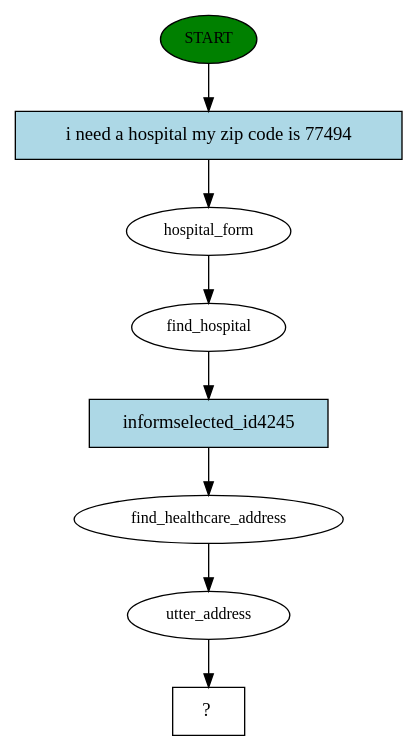
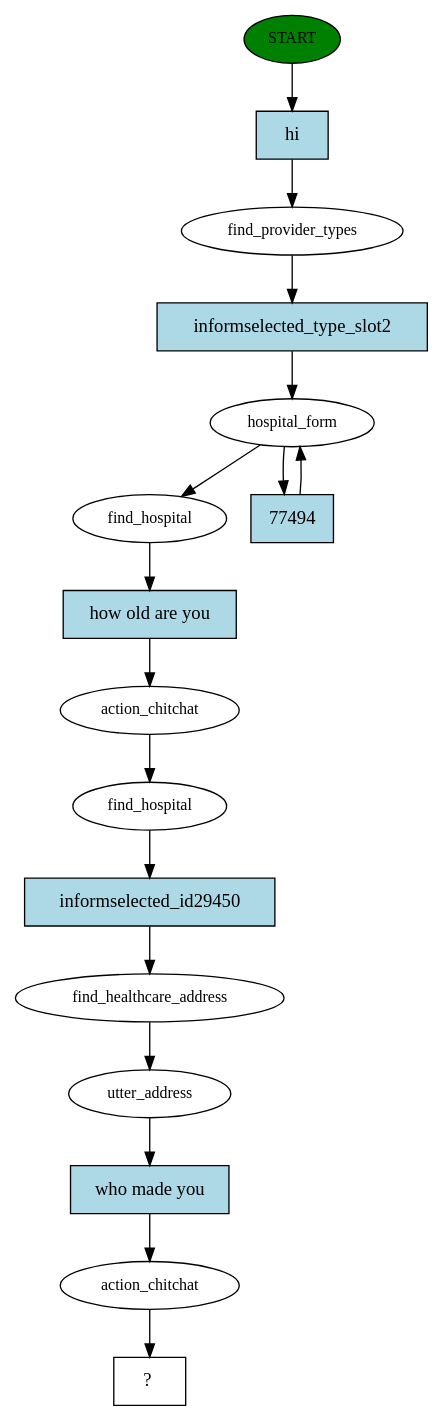
The diagram in story_graph.dot (RasaHQ/medicare_locator), drawn with Graphviz before and after one commit. The commit also changed 10 other files, not shown here.

```diff
--- a/story_graph.dot
+++ b/story_graph.dot
@@ -1,17 +1,34 @@
 digraph  {
 0 [label=START, fillcolor=green, style=filled, fontsize=12, class="start active"];
-1 [label=hospital_form, fontsize=12, class=active];
-2 [label=find_hospital, fontsize=12, class=active];
-3 [label=find_healthcare_address, fontsize=12, class=active];
-4 [label=utter_address, fontsize=12, class=active];
-5 [label="  ?  ", shape=rect, class="intent dashed active"];
-6 [label="i need a hospital my zip code is 77494", shape=rect, style=filled, fillcolor=lightblue, class="intent active"];
-7 [label=informselected_id4245, shape=rect, style=filled, fillcolor=lightblue, class="intent active"];
-0 -> 6  [key=0, class=active];
-1 -> 2  [key=NONE, label="", class=active];
-2 -> 7  [key=0, class=active];
-3 -> 4  [key=NONE, label="", class=active];
-4 -> 5  [key=NONE, label="", class=active];
-6 -> 1  [key=0, class=active];
-7 -> 3  [key=0, class=active];
+1 [label=find_provider_types, fontsize=12, class=active];
+2 [label=hospital_form, fontsize=12, class=active];
+4 [label=find_hospital, fontsize=12, class=active];
+5 [label=action_chitchat, fontsize=12, class=active];
+6 [label=find_hospital, fontsize=12, class=active];
+7 [label=find_healthcare_address, fontsize=12, class=active];
+8 [label=utter_address, fontsize=12, class=active];
+9 [label=action_chitchat, fontsize=12, class=active];
+10 [label="  ?  ", shape=rect, class="intent dashed active"];
+11 [label=hi, shape=rect, style=filled, fillcolor=lightblue, class="intent active"];
+12 [label=informselected_type_slot2, shape=rect, style=filled, fillcolor=lightblue, class="intent active"];
+13 [label=77494, shape=rect, style=filled, fillcolor=lightblue, class="intent active"];
+14 [label="how old are you", shape=rect, style=filled, fillcolor=lightblue, class="intent active"];
+15 [label=informselected_id29450, shape=rect, style=filled, fillcolor=lightblue, class="intent active"];
+16 [label="who made you", shape=rect, style=filled, fillcolor=lightblue, class="intent active"];
+0 -> 11  [key=0, class=active];
+1 -> 12  [key=0, class=active];
+2 -> 4  [key=NONE, label="", class=active];
+2 -> 13  [key=0, class=active];
+4 -> 14  [key=0, class=active];
+5 -> 6  [key=NONE, label="", class=active];
+6 -> 15  [key=0, class=active];
+7 -> 8  [key=NONE, label="", class=active];
+8 -> 16  [key=0, class=active];
+9 -> 10  [key=NONE, label="", class=active];
+11 -> 1  [key=0, class=active];
+12 -> 2  [key=0, class=active];
+13 -> 2  [key=0, class=active];
+14 -> 5  [key=0, class=active];
+15 -> 7  [key=0, class=active];
+16 -> 9  [key=0, class=active];
 }
```
